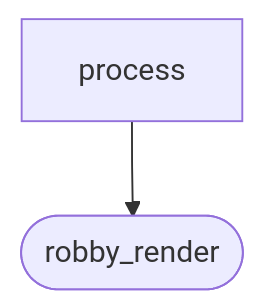
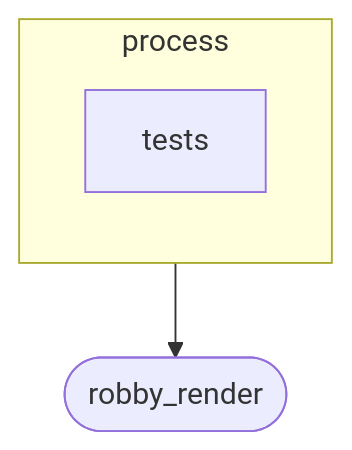
One commit to RyanGuild/self-describing-code changed the second of 3 diagrams in docs/self-model/robby_ir/process/index.md. Above: the diagram before and after it, drawn with Mermaid. The commit also changed other lines of this file and 747 other files, not shown here.

````diff
--- a/docs/self-model/robby_ir/process/index.md
+++ b/docs/self-model/robby_ir/process/index.md
@@ -67,6 +69,9 @@
 ```mermaid
 flowchart TB
-    n_f5e61214f719e7ae["process"]
+    subgraph n_f5e61214f719e7ae["process"]
+        direction TB
+        n_ff7a0f92d7ba8793["tests"]
+    end
     n_9c636b098ca4450e(["robby_render"])
     n_f5e61214f719e7ae --> n_9c636b098ca4450e
 ```
````
